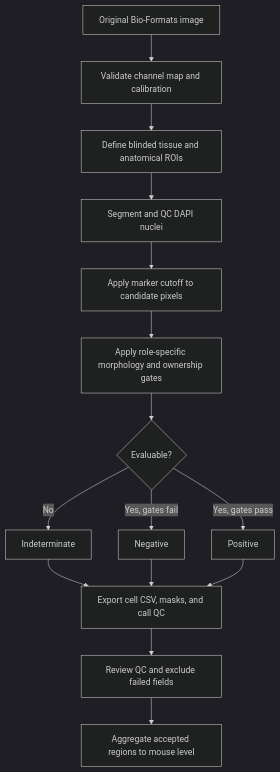
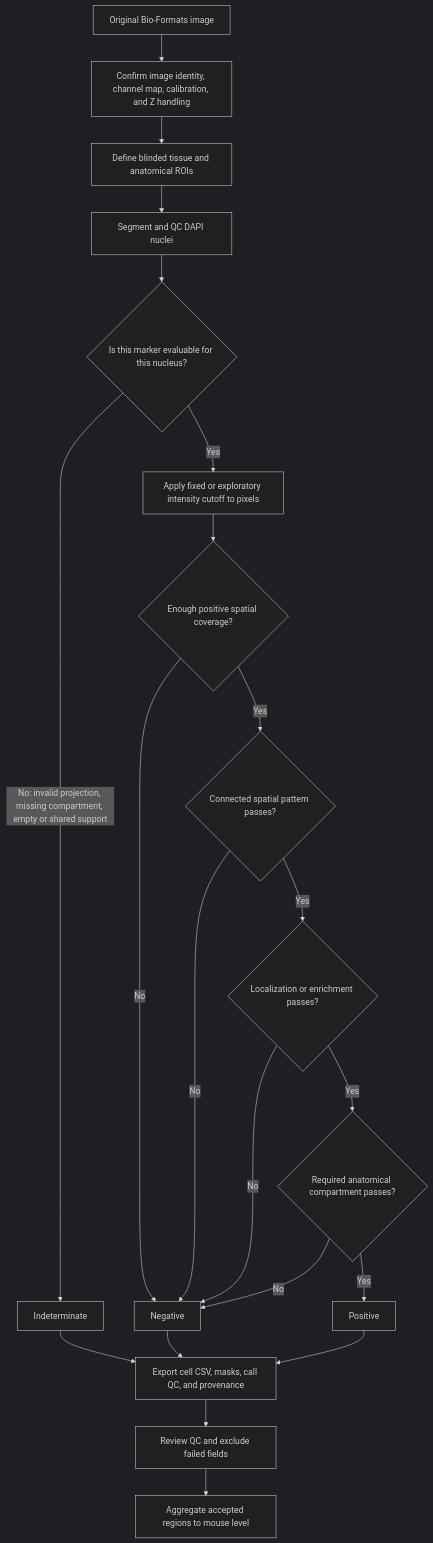
One commit to xorca0711/Fiji_ImageJ_Cell_Counting changed the diagram in WORKFLOW.md. Above: the diagram before and after it, drawn with Mermaid (dark theme). The commit also changed other lines of this file, not shown here.

Commit message:
Integrate marker morphology hierarchy into workflow

````diff
--- a/WORKFLOW.md
+++ b/WORKFLOW.md
@@ -17,17 +28,23 @@
 ```mermaid
 flowchart TD
-    A[Original Bio-Formats image] --> B[Validate channel map and calibration]
+    A[Original Bio-Formats image] --> B[Confirm image identity, channel map, calibration, and Z handling]
     B --> C[Define blinded tissue and anatomical ROIs]
     C --> D[Segment and QC DAPI nuclei]
-    D --> E[Apply marker cutoff to candidate pixels]
-    E --> F[Apply role-specific morphology and ownership gates]
-    F --> G{Evaluable?}
-    G -- No --> H[Indeterminate]
-    G -- Yes, gates fail --> I[Negative]
-    G -- Yes, gates pass --> J[Positive]
-    H --> K[Export cell CSV, masks, and call QC]
-    I --> K
-    J --> K
-    K --> L[Review QC and exclude failed fields]
-    L --> M[Aggregate accepted regions to mouse level]
+    D --> E{Is this marker evaluable for this nucleus?}
+    E -- No: invalid projection, missing compartment, empty or shared support --> F[Indeterminate]
+    E -- Yes --> G[Apply fixed or exploratory intensity cutoff to pixels]
+    G --> H{Enough positive spatial coverage?}
+    H -- No --> I[Negative]
+    H -- Yes --> J{Connected spatial pattern passes?}
+    J -- No --> I
+    J -- Yes --> K{Localization or enrichment passes?}
+    K -- No --> I
+    K -- Yes --> L{Required anatomical compartment passes?}
+    L -- No --> I
+    L -- Yes --> M[Positive]
+    F --> N[Export cell CSV, masks, call QC, and provenance]
+    I --> N
+    M --> N
+    N --> O[Review QC and exclude failed fields]
+    O --> P[Aggregate accepted regions to mouse level]
 ```
````
